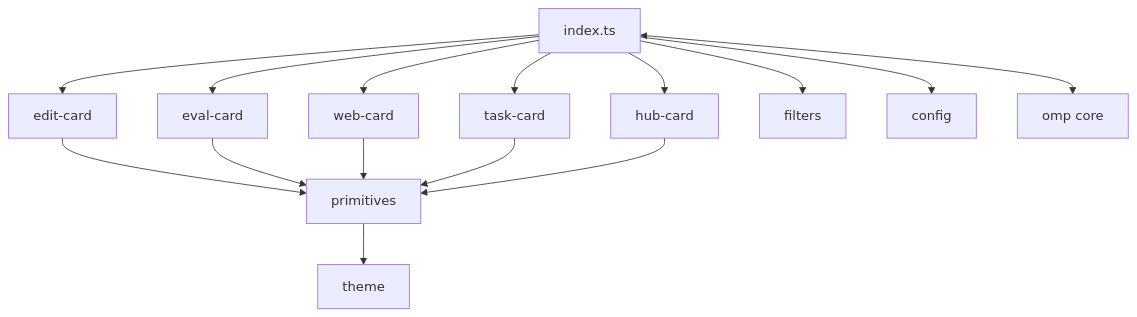
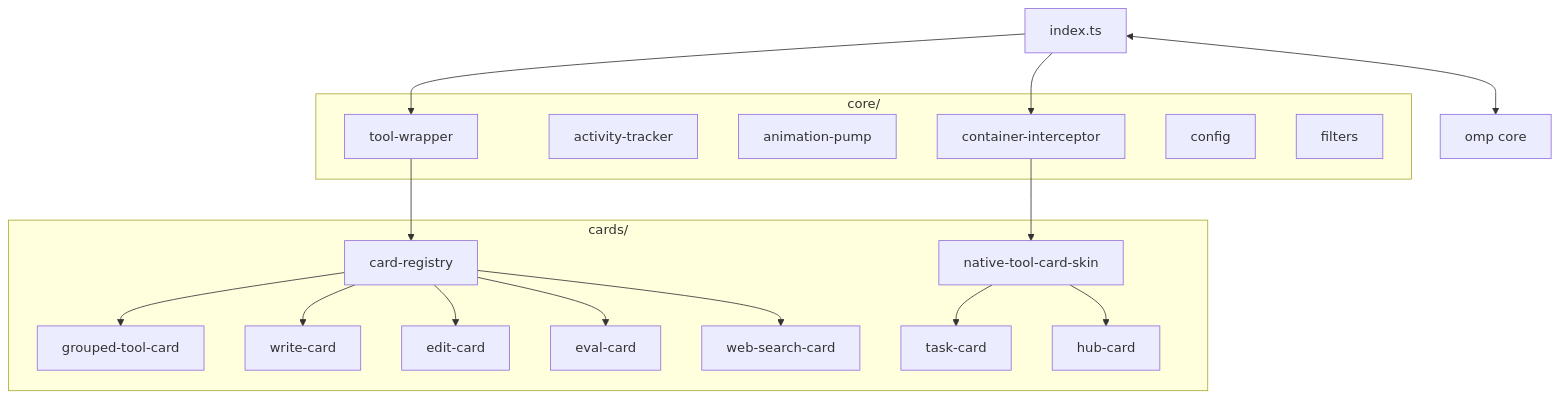
Before and after one commit to pham93/omp-minimal-output: the first of 4 diagrams in docs/SSD.md, drawn with Mermaid. The commit also changed other lines of this file and 47 other files, not shown here.

````diff
--- a/docs/SSD.md
+++ b/docs/SSD.md
@@ -39,22 +39,31 @@
 ```mermaid
 flowchart TD
-    %% entry
     IDX["index.ts"]
-    %% cards
-    IDX --> EDIT["edit-card"]
-    IDX --> EVAL["eval-card"]
-    IDX --> WEB["web-card"]
-    IDX --> TASK["task-card"]
-    IDX --> HUB["hub-card"]
-    %% shared
-    EDIT --> PRIM["primitives"]
-    EVAL --> PRIM
-    WEB --> PRIM
-    TASK --> PRIM
-    HUB --> PRIM
-    PRIM --> THEME["theme"]
-    IDX --> FILT["filters"]
-    IDX --> CFG["config"]
-    %% host
+    subgraph core["core/"]
+        WRAP["tool-wrapper"]
+        TRACK["activity-tracker"]
+        PUMP["animation-pump"]
+        INTER["container-interceptor"]
+        CFG["config"]
+        FILT["filters"]
+    end
+    subgraph cards["cards/"]
+        REG["card-registry"]
+        GROUP["grouped-tool-card"]
+        WRITE["write-card"]
+        EDIT["edit-card"]
+        EVAL["eval-card"]
+        WEB["web-search-card"]
+        TASK["task-card"]
+        HUB["hub-card"]
+        SKIN["native-tool-card-skin"]
+    end
+    IDX --> WRAP
+    WRAP --> REG
+    REG --> GROUP
+    REG --> WRITE & EDIT & EVAL & WEB
+    SKIN --> TASK & HUB
+    IDX --> INTER
+    INTER --> SKIN
     IDX <--> CORE["omp core"]
 ```
````
